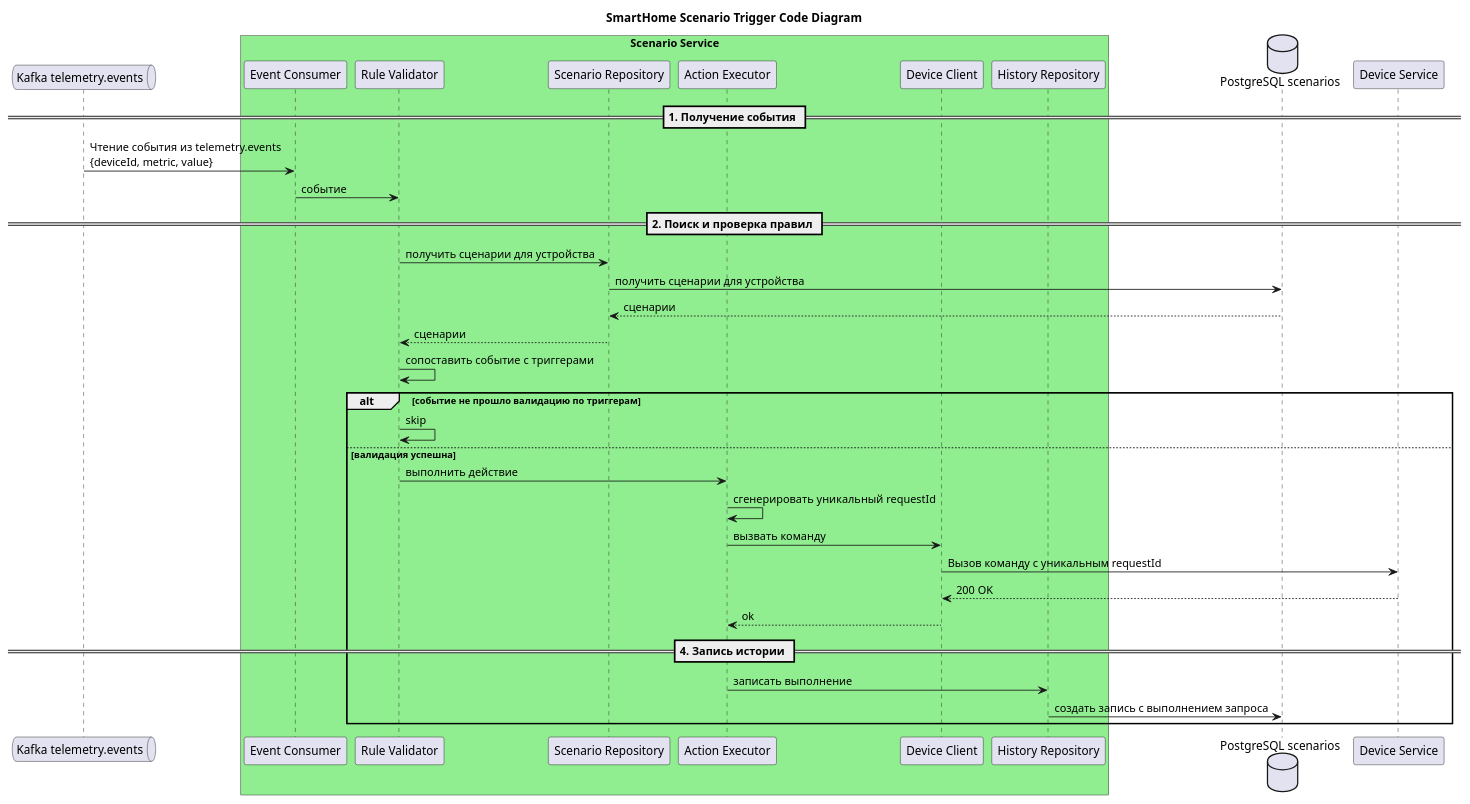
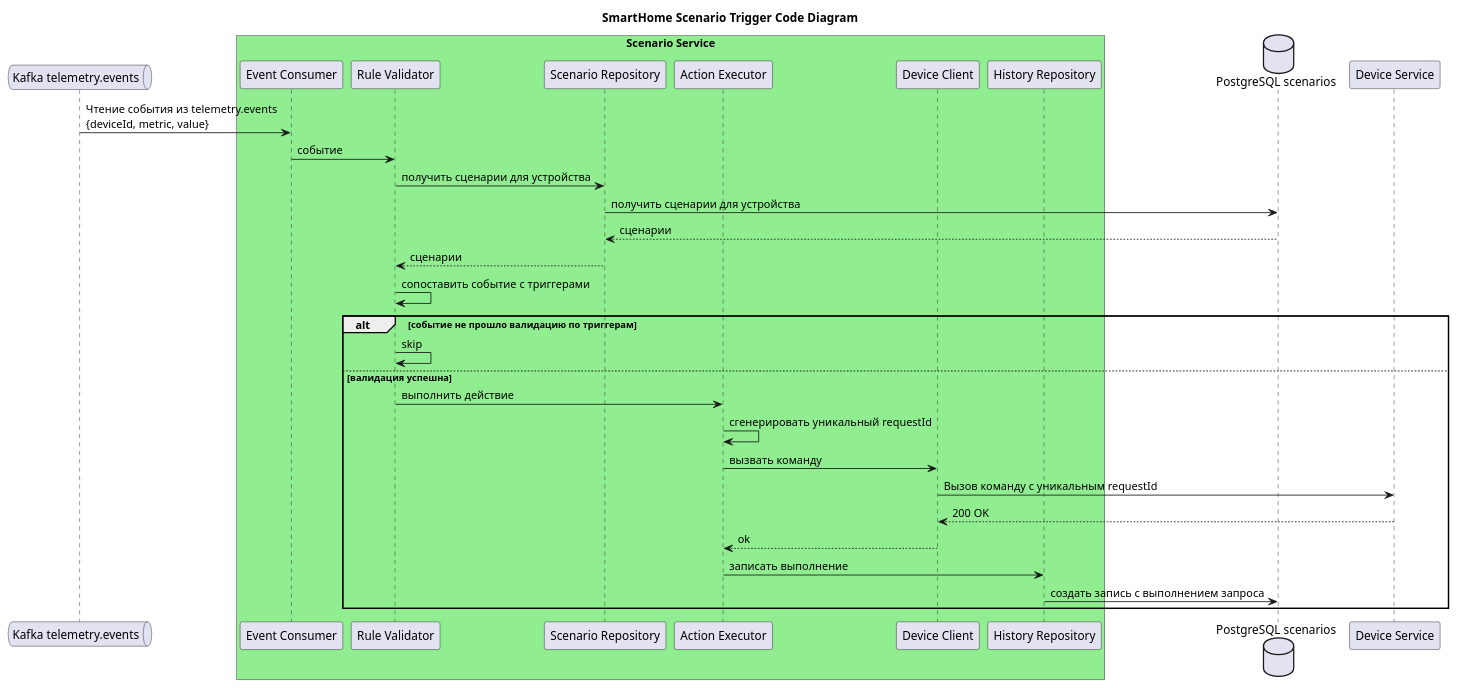
One commit to drunkendolphin2-ai/architecture-warmhouse changed the diagram in diagrams/context/SmartHome_Scenario_Trigger_Code.puml. Above: the diagram before and after it, drawn with PlantUML.

Commit message:
outdated комменты

```diff
--- a/diagrams/context/SmartHome_Scenario_Trigger_Code.puml
+++ b/diagrams/context/SmartHome_Scenario_Trigger_Code.puml
@@ -1,45 +1,42 @@
 @startuml
 title SmartHome Scenario Trigger Code Diagram
 
 queue "Kafka telemetry.events" as Kafka
 
 box "Scenario Service" #LightGreen
 participant "Event Consumer" as Consumer
 participant "Rule Validator" as Validator
 participant "Scenario Repository" as ScenarioRepository
 participant "Action Executor" as Executor
 participant "Device Client" as DeviceClient
 participant "History Repository" as HistoryRepository
 end box
 
 database "PostgreSQL scenarios" as DB
 participant "Device Service" as DeviceService
 
-== 1. Получение события ==
 Kafka -> Consumer : Чтение события из telemetry.events\n{deviceId, metric, value}
 Consumer -> Validator : событие
 
-== 2. Поиск и проверка правил ==
 Validator -> ScenarioRepository : получить сценарии для устройства
 ScenarioRepository -> DB : получить сценарии для устройства
 DB --> ScenarioRepository : сценарии
 ScenarioRepository --> Validator : сценарии
 Validator -> Validator : сопоставить событие с триггерами
 
 alt событие не прошло валидацию по триггерам
     Validator -> Validator : skip
 else валидация успешна
     Validator -> Executor : выполнить действие
 
     Executor -> Executor : сгенерировать уникальный requestId
     Executor -> DeviceClient : вызвать команду
     DeviceClient -> DeviceService : Вызов команду с уникальным requestId
     DeviceService --> DeviceClient : 200 OK
     DeviceClient --> Executor : ok
 
-    == 4. Запись истории ==
     Executor -> HistoryRepository : записать выполнение
     HistoryRepository -> DB : создать запись с выполнением запроса
 end
 
 @enduml
```
